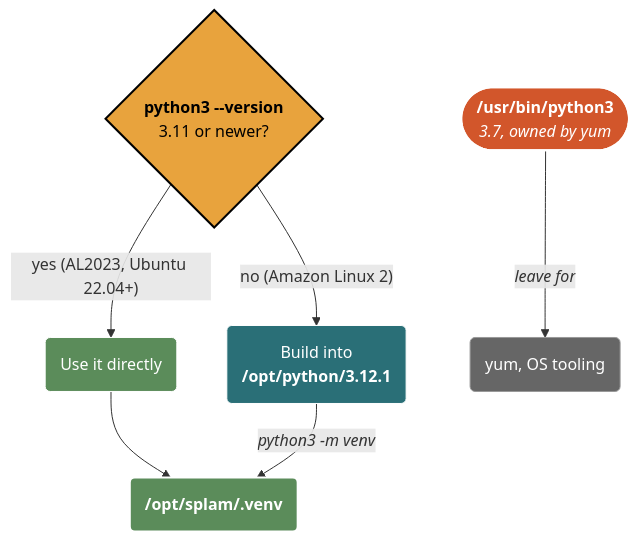
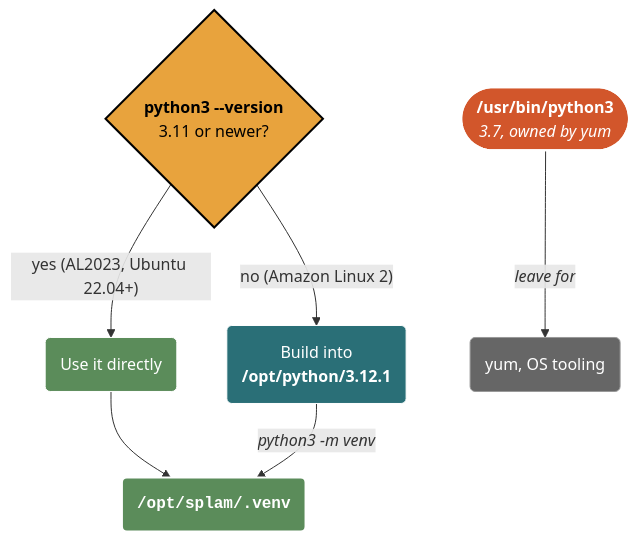
The second of 4 diagrams in install-splam.qmd (mjfrigaard/do4ds-labs), drawn with Mermaid before and after one commit. The commit also changed other lines of this file and 251 other files, not shown here.

````diff
--- a/install-splam.qmd
+++ b/install-splam.qmd
@@ -108,26 +108,26 @@
 ```{mermaid}
 %%| fig-cap: 'Which Python Runs the App'
 %%| fig-width: 8.0
 %%| fig-align: 'center'
 %%{init: {'theme': 'base', 'themeVariables': {'fontFamily': 'monospace', "fontSize":"12px"}}}}%%
 
 graph TD
     Check{"<strong>python3 --version</strong><br/>3.11 or newer?"}
     Yes("Use it directly")
     Build("Build into<br/><strong>/opt/python/3.12.1</strong>")
     Venv("<strong>/opt/splam/.venv</strong>")
     Sys(["<strong>/usr/bin/python3</strong><br/><em>3.7, owned by yum</em>"])
 
     Check --"yes (AL2023, Ubuntu 22.04+)"--> Yes
     Check --"no (Amazon Linux 2)"--> Build
     Yes --> Venv
     Build --"<em>python3 -m venv</em>"--> Venv
     Sys --"<em>leave for</em>"--> Yum("yum, OS tooling")
 
     style Check fill:#e8a33d,stroke:#000,stroke-width:2px,color:#000
     style Yes fill:#5b8c5a,stroke:#fff,stroke-width:1px,color:#fff
     style Build fill:#2a6f77,stroke:#fff,stroke-width:1px,color:#fff
-    style Venv fill:#5b8c5a,stroke:#fff,stroke-width:2px,color:#fff
+    style Venv fill:#5b8c5a,stroke:#fff,stroke-width:2px,color:#fff,font-family:monospace
     style Sys fill:#d2562b,stroke:#fff,stroke-width:2px,color:#fff
     style Yum fill:#666,stroke:#999,stroke-width:1px,color:#fff
 ```
````
